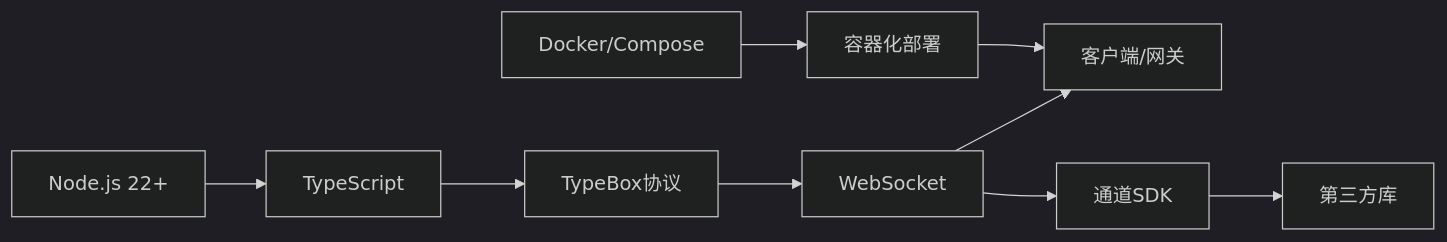
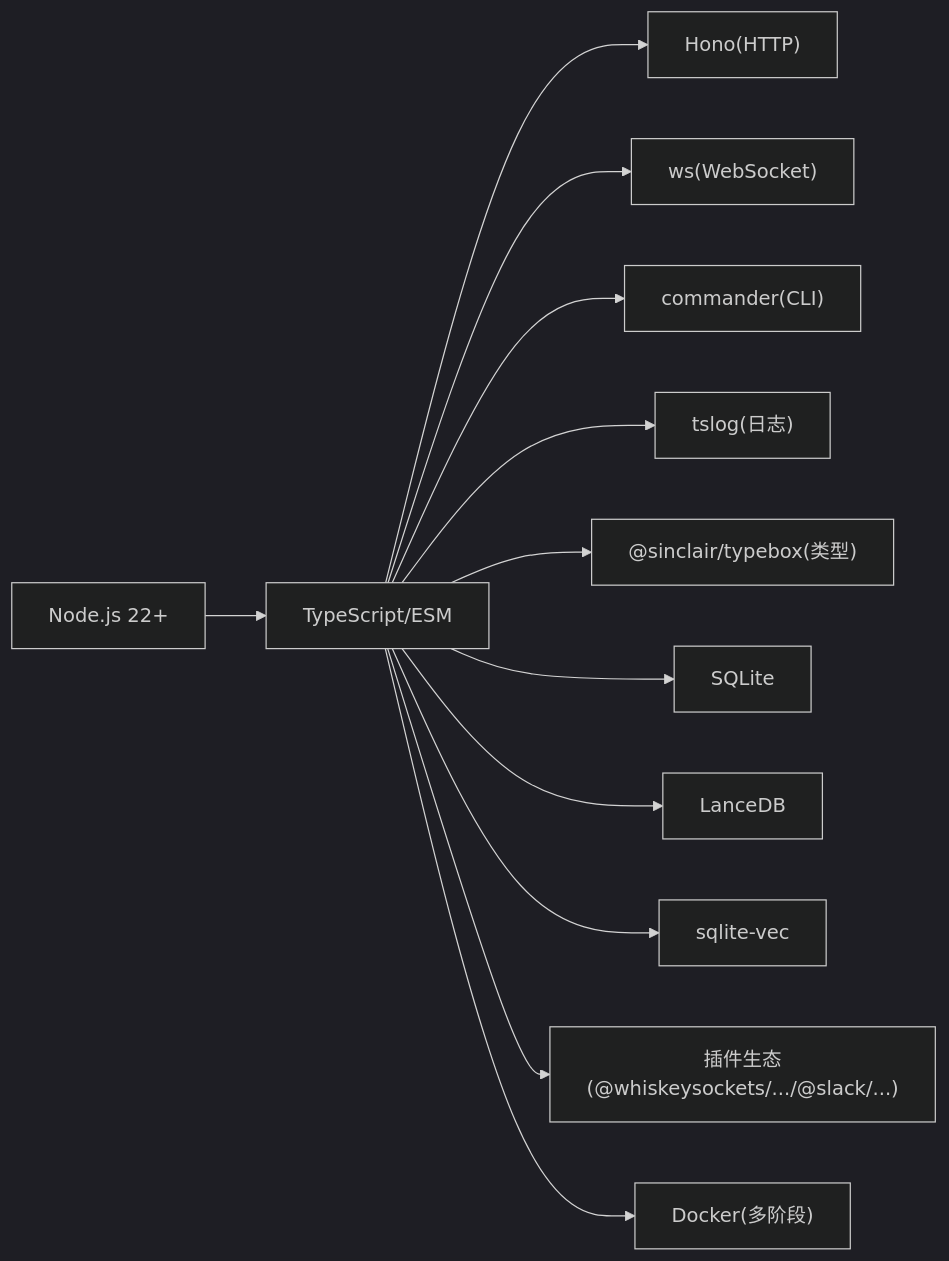
Before and after one commit to botx-work/OpenClaw-Internals: the seventh of 7 diagrams in repowiki/zh/content/项目概述/技术栈.md, drawn with Mermaid (dark theme). The commit also changed other lines of this file and 542 other files, not shown here.

````diff
--- a/repowiki/zh/content/项目概述/技术栈.md
+++ b/repowiki/zh/content/项目概述/技术栈.md
@@ -278,11 +342,14 @@
 ```mermaid
 graph LR
-nodejs["Node.js 22+"] --> ts["TypeScript"]
-ts --> protocol["TypeBox协议"]
-protocol --> ws["WebSocket"]
-ws --> clients["客户端/网关"]
-ws --> sdk["通道SDK"]
-sdk --> thirdparty["第三方库"]
-docker["Docker/Compose"] --> deploy["容器化部署"]
-deploy --> clients
+Node["Node.js 22+"] --> TS["TypeScript/ESM"]
+TS --> Hono["Hono(HTTP)"]
+TS --> WS["ws(WebSocket)"]
+TS --> CLI["commander(CLI)"]
+TS --> Log["tslog(日志)"]
+TS --> Typebox["@sinclair/typebox(类型)"]
+TS --> SQLite["SQLite"]
+TS --> LanceDB["LanceDB"]
+TS --> Vec["sqlite-vec"]
+TS --> Plugins["插件生态(@whiskeysockets/.../@slack/...)"]
+TS --> Docker["Docker(多阶段)"]
 ```
````
